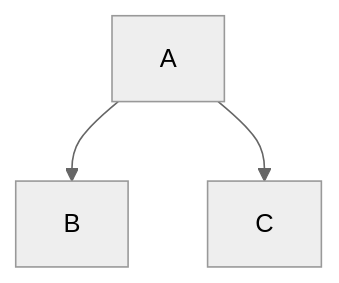
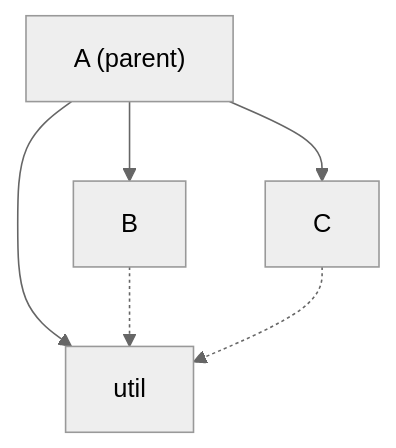
Before and after one commit to dominicm00/website: the diagram in posts/applying-zettlekasten-to-literate-programming.md, drawn with Mermaid (neutral theme). The commit also changed other lines of this file and 1 other file, not shown here.

````diff
--- a/posts/applying-zettlekasten-to-literate-programming.md
+++ b/posts/applying-zettlekasten-to-literate-programming.md
@@ -21,5 +23,13 @@
 ```mermaid
 graph TD
-    A --> B
-    A --> C
+  A["A (parent)"]
+  util["util"]
+  B["B"]
+  C["C"]
+
+  A --> util
+  A --> B
+  A --> C
+  B -.-> util
+  C -.-> util
 ```
````
